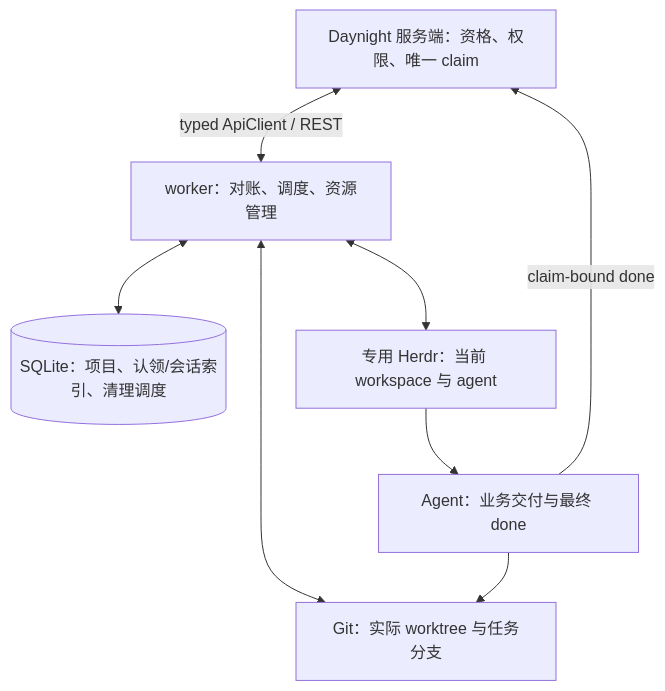
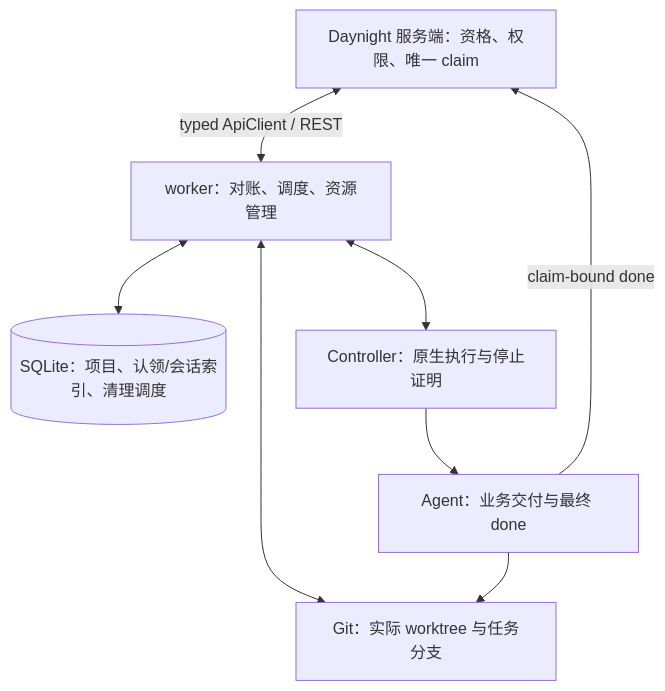
One commit to codetreker/daynight changed the diagram in docs/design/daynight-worker.md. Above: the diagram before and after it, drawn with Mermaid. The commit also changed other lines of this file and 43 other files, not shown here.

````diff
--- a/docs/design/daynight-worker.md
+++ b/docs/design/daynight-worker.md
@@ -7,16 +7,16 @@
 ```mermaid
 flowchart TB
   S[Daynight 服务端：资格、权限、唯一 claim]
   W[worker：对账、调度、资源管理]
   D[(SQLite：项目、认领/会话索引、清理调度)]
-  H[专用 Herdr：当前 workspace 与 agent]
+  H[Controller：原生执行与停止证明]
   G[Git：实际 worktree 与任务分支]
   A[Agent：业务交付与最终 done]
   S <-->|typed ApiClient / REST| W
   W <--> D
   W <--> H
   W <--> G
   H --> A
   A --> G
   A -->|claim-bound done| S
 ```
````
